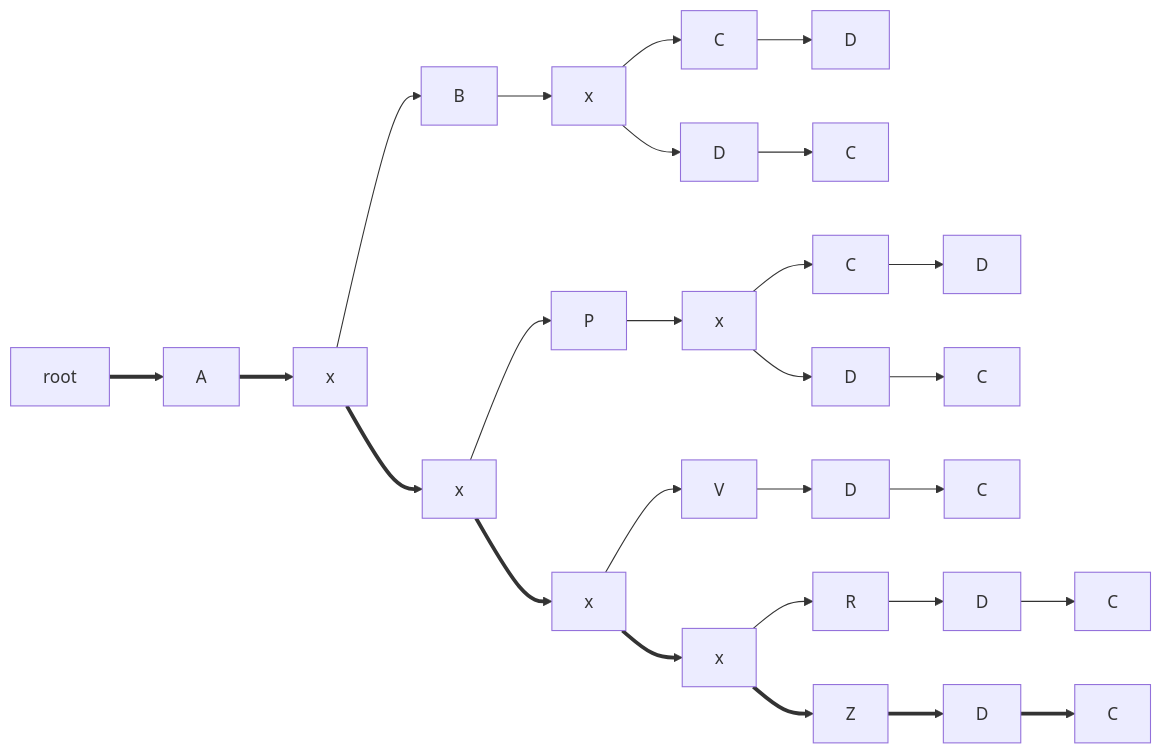
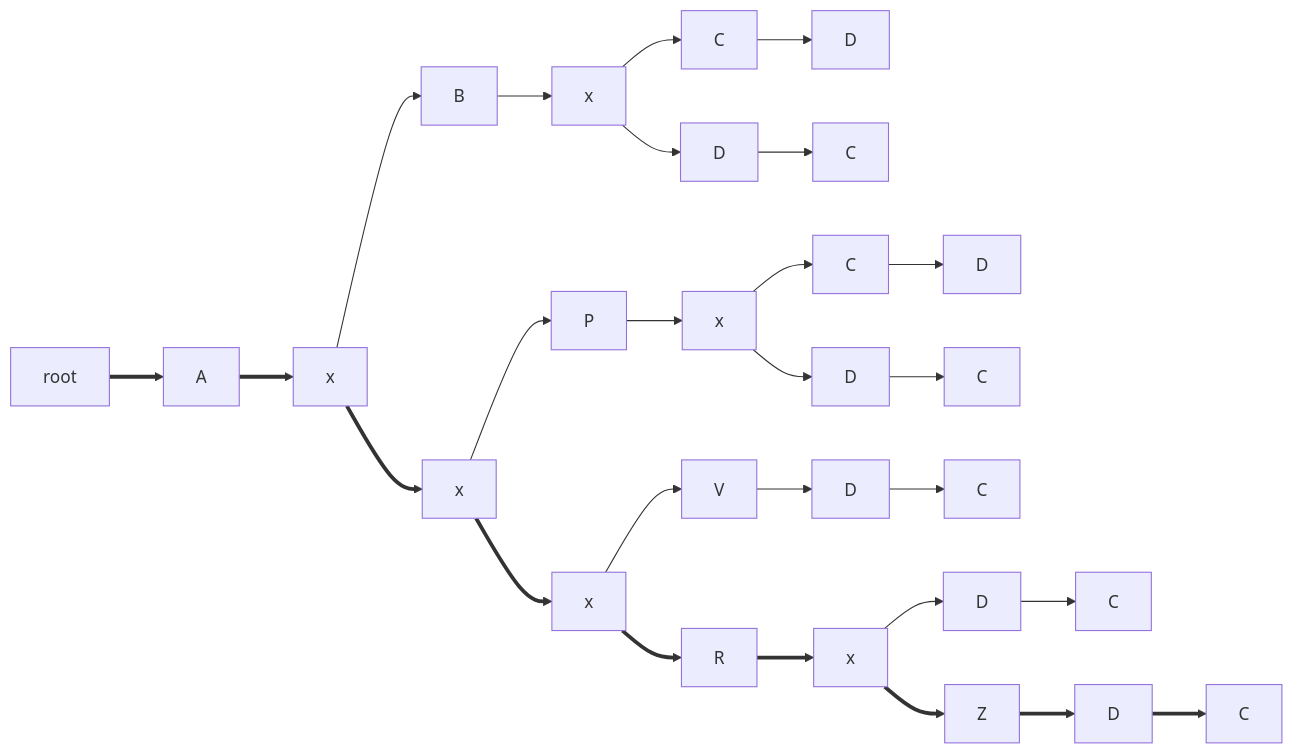
Before and after one commit to vedph/gve-doc: diagram 16 of 16 in model/export-tree.md, drawn with Mermaid. The commit also changed other lines of this file, not shown here.

````diff
--- a/model/export-tree.md
+++ b/model/export-tree.md
@@ -349,30 +349,30 @@
 ```mermaid
 graph LR;
 
 root ==> A
 A ==> x5[x]
 x5 --> B6[B]
 B6[B] --> x3[x]
 x3[x] --> C6[C]
 C6[C] --> D6[D]
 x3[x] --> D3[D]
 D3 --> C3[C]
 x5 ==> x2[x]
 x2 --> P5[P]
 P5[P] --> x4[x]
 x4[x] --> C5[C]
 C5[C] --> D5[D]
 x4[x] --> D4[D]
 D4[D] --> C4[C]
 x2 ==> x1[x]
 x1 --> V2[V]
 V2 --> D2[D]
 D2 --> C2[C]
-x1 ==> x0[x]
-x0 --> R1[R]
-R1 --> D1[D]
+x1 ==> R1[R]
+R1 ==> x0[x]
+x0 --> D1[D]
 D1 --> C1[C]
 x0 ==> Z0[Z]
 Z0 ==> D0[D]
 D0 ==> C0[C]
 ```
````
